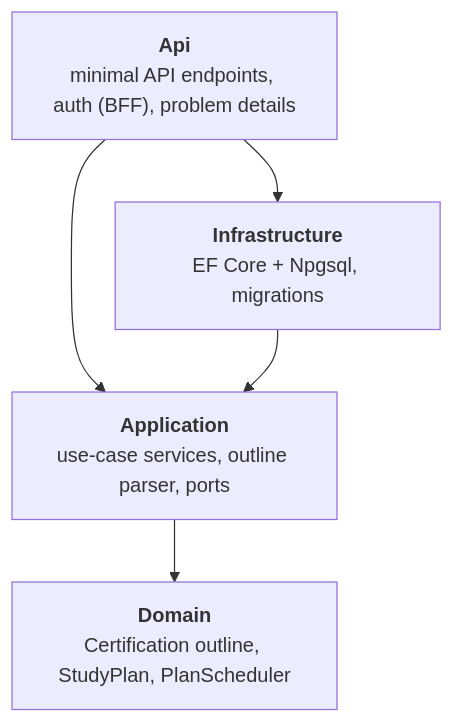
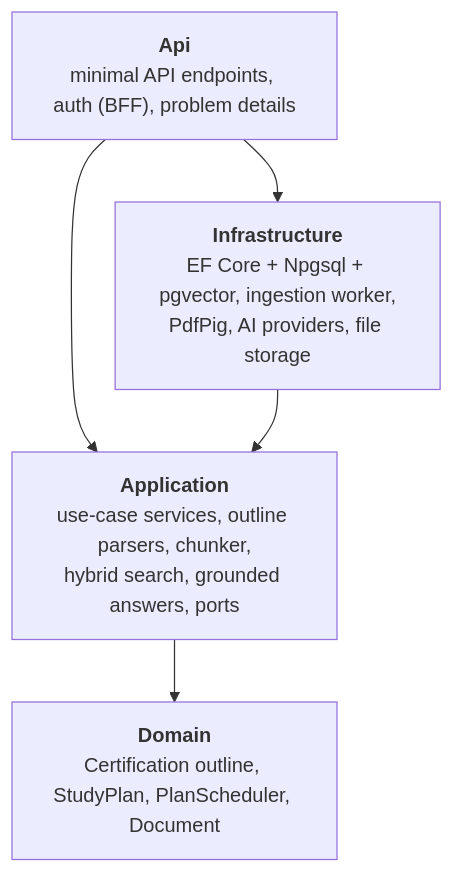
One commit to gn02ash/cert-coach changed the second of 3 diagrams in README.md. Above: the diagram before and after it, drawn with Mermaid. The commit also changed other lines of this file and 2 other files, not shown here.

````diff
--- a/README.md
+++ b/README.md
@@ -72,12 +96,12 @@
 ```mermaid
 flowchart TB
     Api["<b>Api</b><br/>minimal API endpoints, auth (BFF), problem details"]
-    Infrastructure["<b>Infrastructure</b><br/>EF Core + Npgsql, migrations"]
-    Application["<b>Application</b><br/>use-case services, outline parser, ports"]
-    Domain["<b>Domain</b><br/>Certification outline, StudyPlan, PlanScheduler"]
+    Infrastructure["<b>Infrastructure</b><br/>EF Core + Npgsql + pgvector, ingestion worker,<br/>PdfPig, AI providers, file storage"]
+    Application["<b>Application</b><br/>use-case services, outline parsers, chunker,<br/>hybrid search, grounded answers, ports"]
+    Domain["<b>Domain</b><br/>Certification outline, StudyPlan, PlanScheduler, Document"]
 
     Api --> Application
     Api --> Infrastructure
     Infrastructure --> Application
     Application --> Domain
 ```
````
